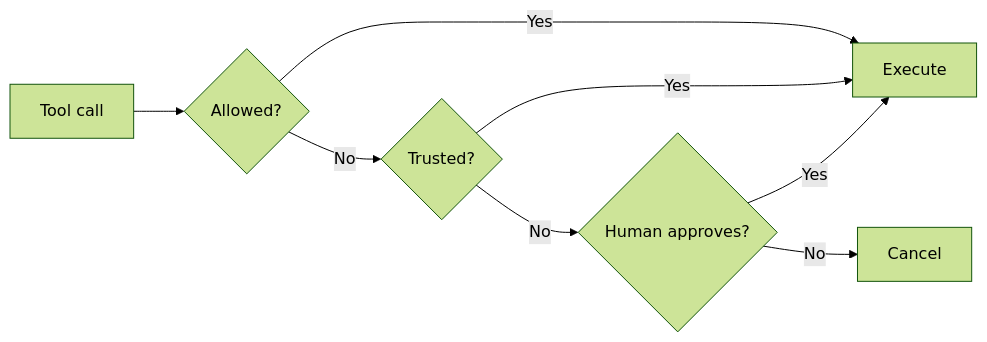
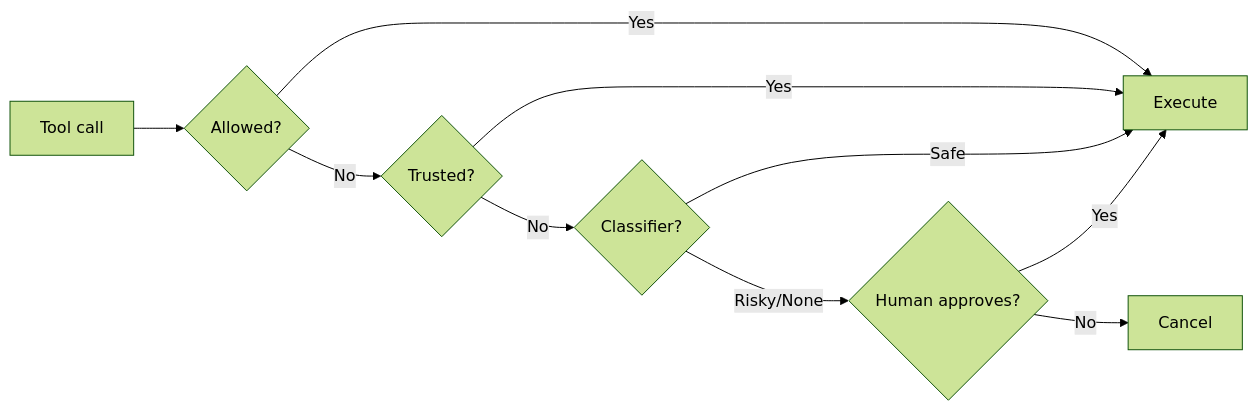
One commit to strands-agents/sdk-python changed the diagram in site/src/content/docs/user-guide/concepts/agents/interventions/human-in-the-loop.mdx. Above: the diagram before and after it, drawn with Mermaid (forest theme). The commit also changed other lines of this file and 3 other files, not shown here.

````diff
--- a/site/src/content/docs/user-guide/concepts/agents/interventions/human-in-the-loop.mdx
+++ b/site/src/content/docs/user-guide/concepts/agents/interventions/human-in-the-loop.mdx
@@ -20,10 +22,12 @@
 ```mermaid
 flowchart LR
     A[Tool call] --> B{Allowed?}
     B -->|Yes| C[Execute]
     B -->|No| D{Trusted?}
     D -->|Yes| C
-    D -->|No| E{Human approves?}
+    D -->|No| G{Classifier?}
+    G -->|Safe| C
+    G -->|Risky/None| E{Human approves?}
     E -->|Yes| C
     E -->|No| F[Cancel]
 ```
````
